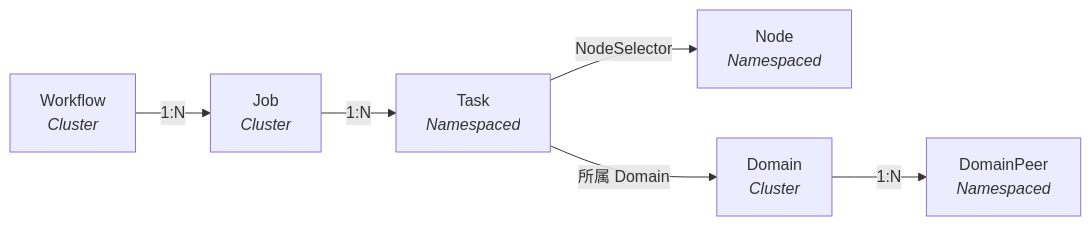
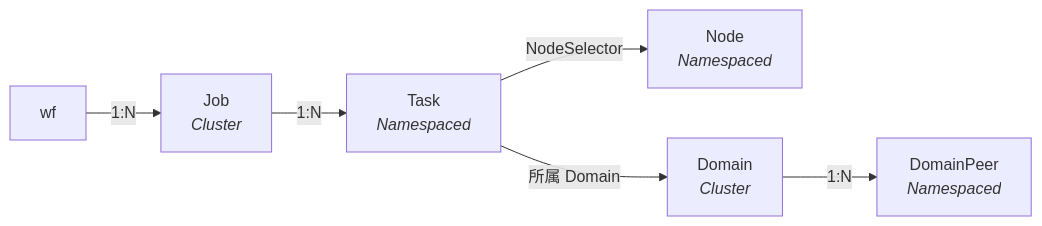
The eighth of 8 diagrams in apps/rlark/docs/zh/architecture.md (lkygithub/rlark-ci-test), drawn with Mermaid before and after one commit. The commit also changed other lines of this file and 827 other files, not shown here.

````diff
--- a/apps/rlark/docs/zh/architecture.md
+++ b/apps/rlark/docs/zh/architecture.md
@@ -316,15 +326,14 @@
 ```mermaid
 flowchart LR
-    wf["Workflow<br/><i>Cluster</i>"]
     job["Job<br/><i>Cluster</i>"]
     task["Task<br/><i>Namespaced</i>"]
     node["Node<br/><i>Namespaced</i>"]
     domain["Domain<br/><i>Cluster</i>"]
     dp["DomainPeer<br/><i>Namespaced</i>"]
 
     wf -->|"1:N"| job
     job -->|"1:N"| task
     task -->|"NodeSelector"| node
     task -->|"所属 Domain"| domain
     domain -->|"1:N"| dp
 ```
````
